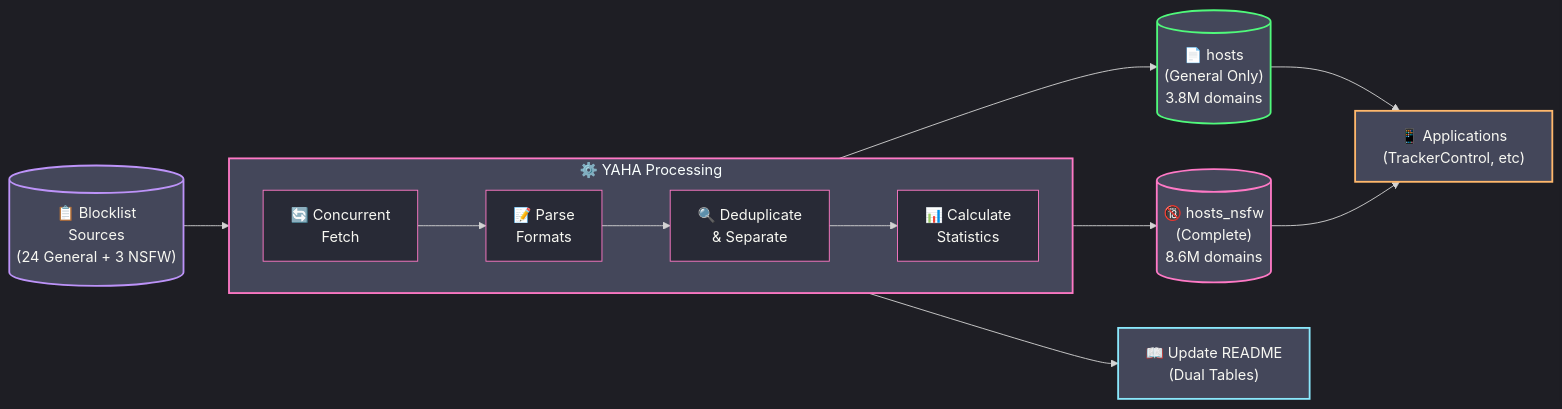
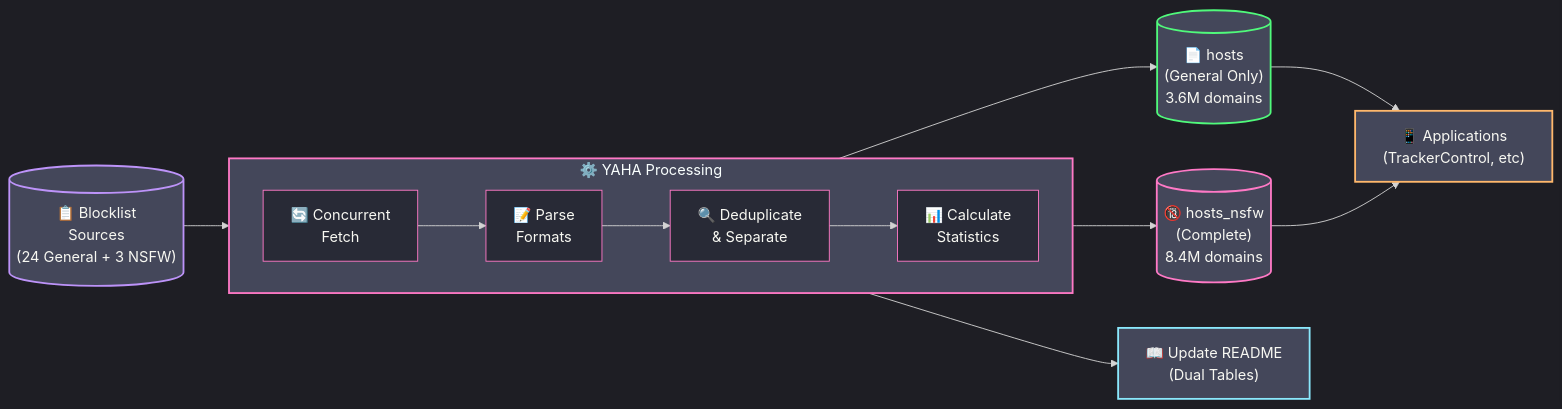
Before and after one commit to scottdraper8/yaha: the diagram in README.md, drawn with Mermaid. The commit also changed other lines of this file, not shown here.

````diff
--- a/README.md
+++ b/README.md
@@ -42,35 +42,35 @@
 ```mermaid
 %%{init: {'theme': 'dark', 'themeVariables': {
     'primaryColor': '#ff79c6',
     'secondaryColor': '#bd93f9',
     'tertiaryColor': '#44475a',
     'mainBkg': '#282a36',
     'nodeBorder': '#ff79c6',
     'clusterBkg': '#44475a',
     'clusterBorder': '#bd93f9',
     'textColor': '#f8f8f2'
 }}}%%
 flowchart LR
     Sources[("📋 Blocklist<br/>Sources<br/>(24 General + 3 NSFW)")] --> Fetch
 
     subgraph Process["⚙️ YAHA Processing"]
         direction LR
         Fetch["🔄 Concurrent<br/>Fetch"] --> Parse["📝 Parse<br/>Formats"]
         Parse --> Dedupe["🔍 Deduplicate<br/>& Separate"]
         Dedupe --> Stats["📊 Calculate<br/>Statistics"]
     end
 
-    Stats --> Output1[("📄 hosts<br/>(General Only)<br/>3.8M domains")]
-    Stats --> Output2[("🔞 hosts_nsfw<br/>(Complete)<br/>8.6M domains")]
+    Stats --> Output1[("📄 hosts<br/>(General Only)<br/>3.6M domains")]
+    Stats --> Output2[("🔞 hosts_nsfw<br/>(Complete)<br/>8.4M domains")]
     Stats --> README["📖 Update README<br/>(Dual Tables)"]
 
     Output1 --> Apps["📱 Applications<br/>(TrackerControl, etc)"]
     Output2 --> Apps
 
     style Sources fill:#44475a,stroke:#bd93f9,stroke-width:2px
     style Process fill:#44475a,stroke:#ff79c6,stroke-width:2px
     style Output1 fill:#44475a,stroke:#50fa7b,stroke-width:2px
     style Output2 fill:#44475a,stroke:#ff79c6,stroke-width:2px
     style README fill:#44475a,stroke:#8be9fd,stroke-width:2px
     style Apps fill:#44475a,stroke:#ffb86c,stroke-width:2px
 ```
````
